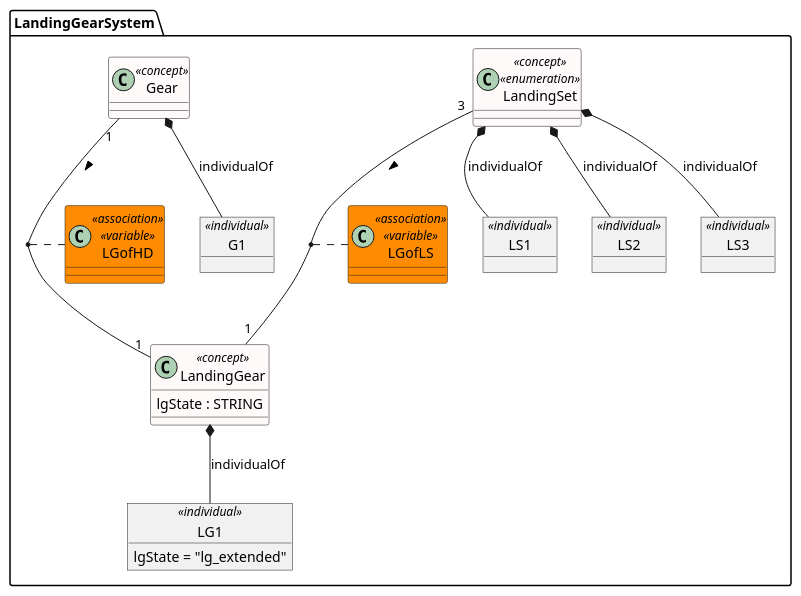
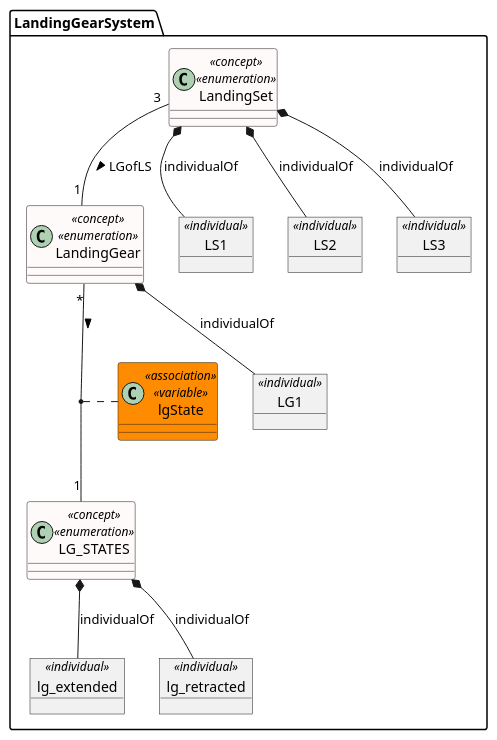
Before and after one commit to stuenofotso/SysML_KAOS_Domain_Model_Parser: the diagram in theNewSysMLKaosDomainModelingLanguage/solutions/LandingGearSystem/Event_B_Models/LandingGearSystem.puml, drawn with PlantUML. The commit also changed 31 other files, not shown here.

```diff
--- a/theNewSysMLKaosDomainModelingLanguage/solutions/LandingGearSystem/Event_B_Models/LandingGearSystem.puml
+++ b/theNewSysMLKaosDomainModelingLanguage/solutions/LandingGearSystem/Event_B_Models/LandingGearSystem.puml
@@ -1,38 +1,34 @@
 @startuml
 
 skinparam class {
  BackgroundColor<<association>> Darkorange 
  BackgroundColor<<concept>>  Snow 
 } 
 
 package LandingGearSystem <<Folder>> {
-	class LandingGear <<concept>>  {
-		lgState : STRING
+	class LandingGear <<concept>>  <<enumeration>>  {
 	}
 	 object LG1 <<individual>> 
 	LandingGear *-- LG1 : individualOf 
-
-	LG1 : lgState = "lg_extended"
 	class LandingSet <<concept>>  <<enumeration>>  {
 	}
 	 object LS1 <<individual>> 
 	LandingSet *-- LS1 : individualOf 
 	 object LS2 <<individual>> 
 	LandingSet *-- LS2 : individualOf 
 	 object LS3 <<individual>> 
 	LandingSet *-- LS3 : individualOf 
-	class Gear <<concept>>  {
+	class LG_STATES <<concept>>  <<enumeration>>  {
 	}
-	 object G1 <<individual>> 
-	Gear *-- G1 : individualOf 
-	LandingSet "3" -- "1" LandingGear : > 
-	 (LandingSet, LandingGear) .. LGofLS
-	 class LGofLS <<association>>  <<variable>>  {
-	}
-	Gear "1" -- "1" LandingGear : > 
-	 (Gear, LandingGear) .. LGofHD
-	 class LGofHD <<association>>  <<variable>>  {
+	 object lg_extended <<individual>> 
+	LG_STATES *-- lg_extended : individualOf 
+	 object lg_retracted <<individual>> 
+	LG_STATES *-- lg_retracted : individualOf 
+	LandingSet "3" -- "1" LandingGear : LGofLS > 
+	LandingGear "*" -- "1" LG_STATES : > 
+	 (LandingGear, LG_STATES) .. lgState
+	 class lgState <<association>>  <<variable>>  {
 	}
 }
 
 @enduml
```
